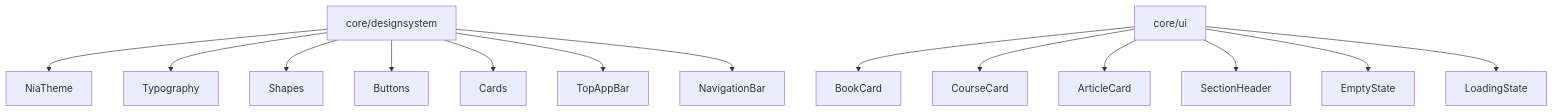
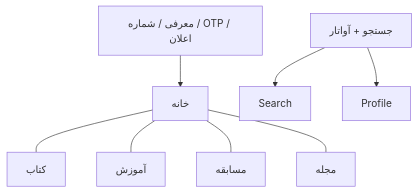
Before and after one commit to kel3o/farhangi: the diagram in docs/FARHANGI_DESIGN_PLAN.md, drawn with Mermaid. The commit also changed other lines of this file and 130 other files, not shown here.

First line of the commit message:
Ship Farhangi v2 information architecture with four hubs, first-run onboarding, and role-aware studio.

````diff
--- a/docs/FARHANGI_DESIGN_PLAN.md
+++ b/docs/FARHANGI_DESIGN_PLAN.md
@@ -181,18 +44,11 @@
 ```mermaid
 flowchart TB
-  DesignSystem[core/designsystem]
-  DesignSystem --> Theme[NiaTheme]
-  DesignSystem --> Type[Typography]
-  DesignSystem --> Shape[Shapes]
-  DesignSystem --> Buttons[Buttons]
-  DesignSystem --> Cards[Cards]
-  DesignSystem --> TopBar[TopAppBar]
-  DesignSystem --> BottomNav[NavigationBar]
-  CoreUI[core/ui]
-  CoreUI --> BookCard
-  CoreUI --> CourseCard
-  CoreUI --> ArticleCard
-  CoreUI --> SectionHeader
-  CoreUI --> EmptyState
-  CoreUI --> LoadingState
+  Auth[معرفی / شماره / OTP / اعلان]
+  Auth --> Home[خانه]
+  Home --- Books[کتاب]
+  Home --- Courses[آموزش]
+  Home --- Contests[مسابقه]
+  Home --- Magazine[مجله]
+  TopBar[جستجو + آواتار] --> Search
+  TopBar --> Profile
 ```
````
